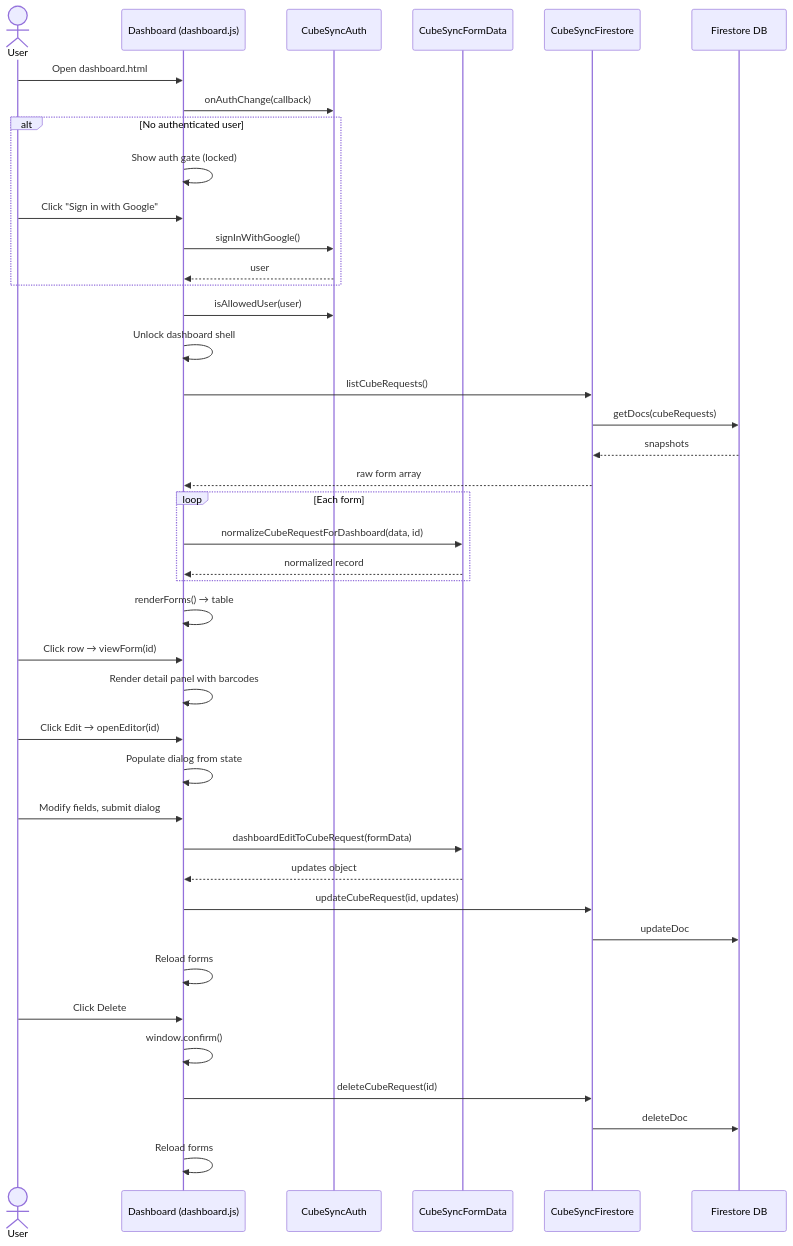
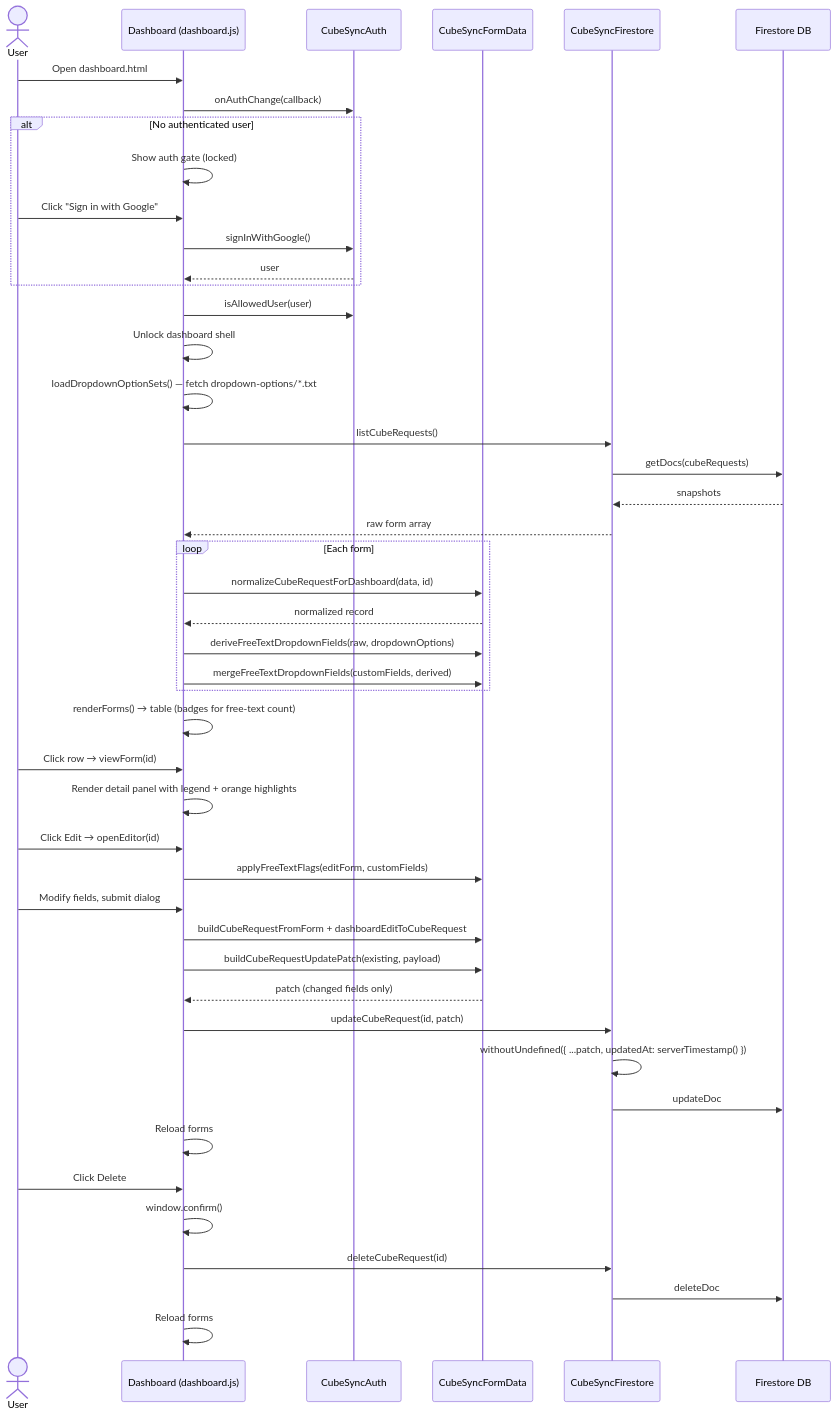
The fourth of 11 diagrams in documentation/architecture.md (Yanguangchen/CubeSync), drawn with Mermaid before and after one commit. The commit also changed other lines of this file and 12 other files, not shown here.

````diff
--- a/documentation/architecture.md
+++ b/documentation/architecture.md
@@ -271,51 +277,56 @@
 ```mermaid
 sequenceDiagram
     actor User
     participant DSH as Dashboard (dashboard.js)
     participant Auth as CubeSyncAuth
     participant FD as CubeSyncFormData
     participant FS as CubeSyncFirestore
     participant DB as Firestore DB
 
     User->>DSH: Open dashboard.html
     DSH->>Auth: onAuthChange(callback)
 
     alt No authenticated user
         DSH->>DSH: Show auth gate (locked)
         User->>DSH: Click "Sign in with Google"
         DSH->>Auth: signInWithGoogle()
         Auth-->>DSH: user
     end
 
     DSH->>Auth: isAllowedUser(user)
     DSH->>DSH: Unlock dashboard shell
+    DSH->>DSH: loadDropdownOptionSets() — fetch dropdown-options/*.txt
 
     DSH->>FS: listCubeRequests()
     FS->>DB: getDocs(cubeRequests)
     DB-->>FS: snapshots
     FS-->>DSH: raw form array
 
     loop Each form
         DSH->>FD: normalizeCubeRequestForDashboard(data, id)
         FD-->>DSH: normalized record
+        DSH->>FD: deriveFreeTextDropdownFields(raw, dropdownOptions)
+        DSH->>FD: mergeFreeTextDropdownFields(customFields, derived)
     end
-    DSH->>DSH: renderForms() → table
+    DSH->>DSH: renderForms() → table (badges for free-text count)
 
     User->>DSH: Click row → viewForm(id)
-    DSH->>DSH: Render detail panel with barcodes
+    DSH->>DSH: Render detail panel with legend + orange highlights
 
     User->>DSH: Click Edit → openEditor(id)
-    DSH->>DSH: Populate dialog from state
+    DSH->>FD: applyFreeTextFlags(editForm, customFields)
     User->>DSH: Modify fields, submit dialog
-    DSH->>FD: dashboardEditToCubeRequest(formData)
-    FD-->>DSH: updates object
-    DSH->>FS: updateCubeRequest(id, updates)
+    DSH->>FD: buildCubeRequestFromForm + dashboardEditToCubeRequest
+    DSH->>FD: buildCubeRequestUpdatePatch(existing, payload)
+    FD-->>DSH: patch (changed fields only)
+    DSH->>FS: updateCubeRequest(id, patch)
+    FS->>FS: withoutUndefined({ ...patch, updatedAt: serverTimestamp() })
     FS->>DB: updateDoc
     DSH->>DSH: Reload forms
 
     User->>DSH: Click Delete
     DSH->>DSH: window.confirm()
     DSH->>FS: deleteCubeRequest(id)
     FS->>DB: deleteDoc
     DSH->>DSH: Reload forms
 ```
````
